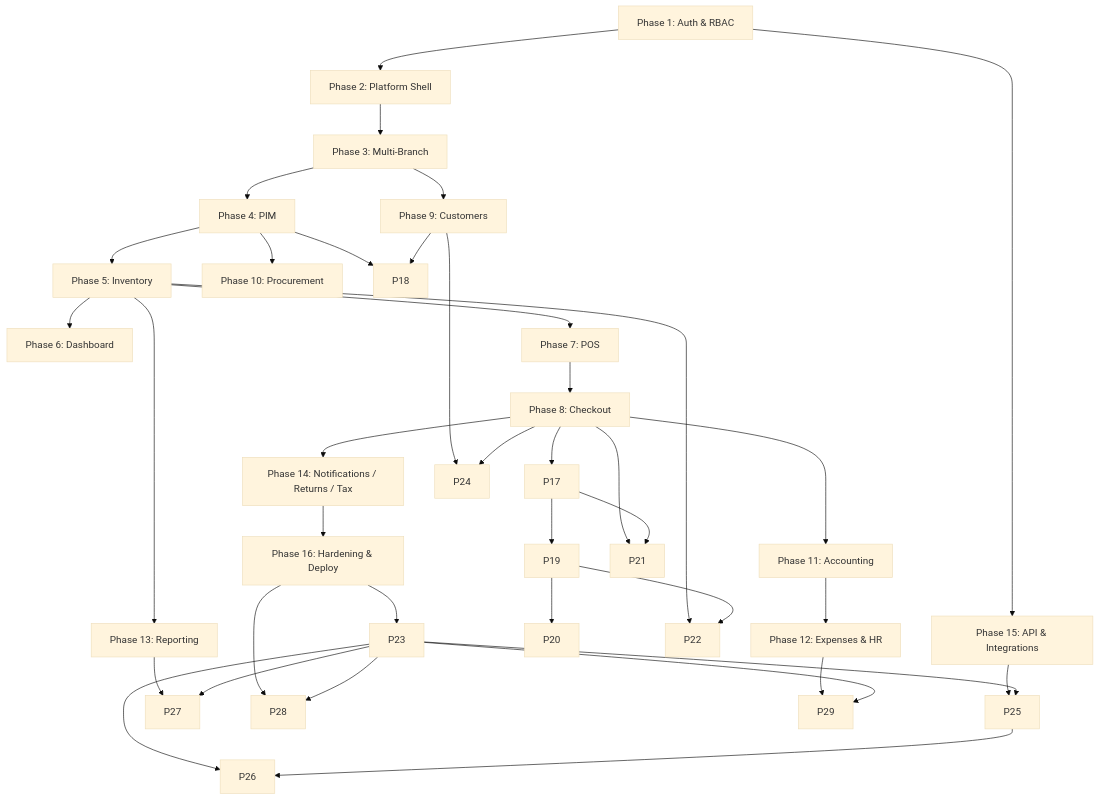
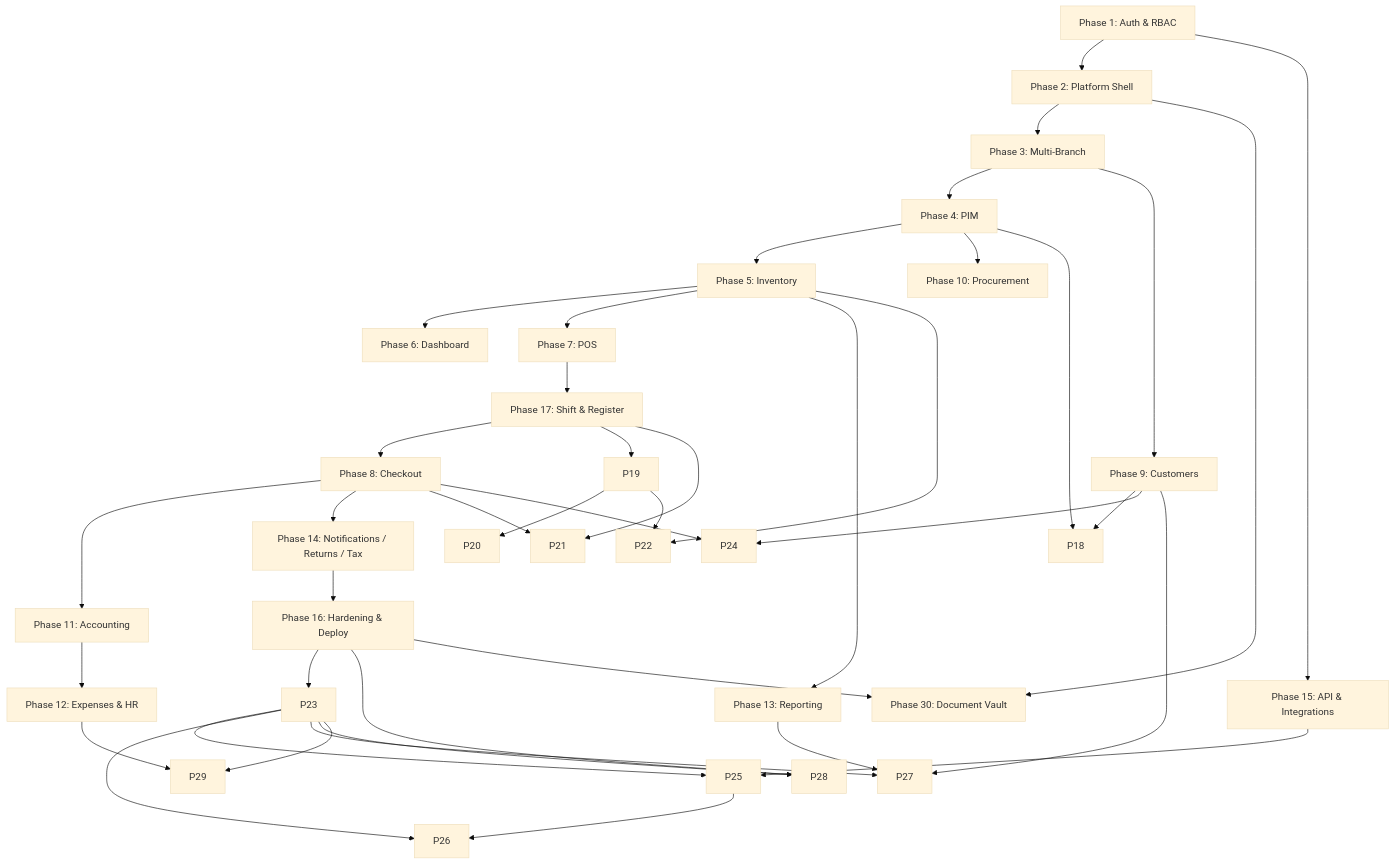
The diagram in docs/phases/README.md (Mohammad-Arslan/retailpulse), drawn with Mermaid (base theme) before and after one commit. The commit also changed other lines of this file and 59 other files, not shown here.

````diff
--- a/docs/phases/README.md
+++ b/docs/phases/README.md
@@ -41,58 +42,63 @@
 ```mermaid
 flowchart TD
     P1[Phase 1: Auth & RBAC]
     P2[Phase 2: Platform Shell]
     P3[Phase 3: Multi-Branch]
     P4[Phase 4: PIM]
     P5[Phase 5: Inventory]
     P6[Phase 6: Dashboard]
     P7[Phase 7: POS]
+    P17[Phase 17: Shift & Register]
     P8[Phase 8: Checkout]
     P9[Phase 9: Customers]
     P10[Phase 10: Procurement]
     P11[Phase 11: Accounting]
     P12[Phase 12: Expenses & HR]
     P13[Phase 13: Reporting]
     P14[Phase 14: Notifications / Returns / Tax]
     P15[Phase 15: API & Integrations]
     P16[Phase 16: Hardening & Deploy]
+    P30[Phase 30: Document Vault]
 
     P1 --> P2
     P2 --> P3
     P3 --> P4
     P4 --> P5
     P5 --> P6
     P5 --> P7
-    P7 --> P8
+    P7 --> P17
+    P17 --> P8
     P3 --> P9
     P4 --> P10
     P8 --> P11
     P11 --> P12
     P5 --> P13
     P8 --> P14
     P1 --> P15
     P14 --> P16
 
-    P8  --> P17
     P17 --> P19
     P4  --> P18
     P9  --> P18
     P19 --> P20
     P5  --> P22
     P19 --> P22
     P8  --> P21
     P17 --> P21
     P16 --> P23
     P9  --> P24
     P8  --> P24
     P15 --> P25
     P23 --> P25
     P23 --> P26
     P25 --> P26
     P13 --> P27
+    P9  --> P27
     P23 --> P27
     P16 --> P28
     P23 --> P28
     P12 --> P29
     P23 --> P29
+    P2  --> P30
+    P16 --> P30
 ```
````
